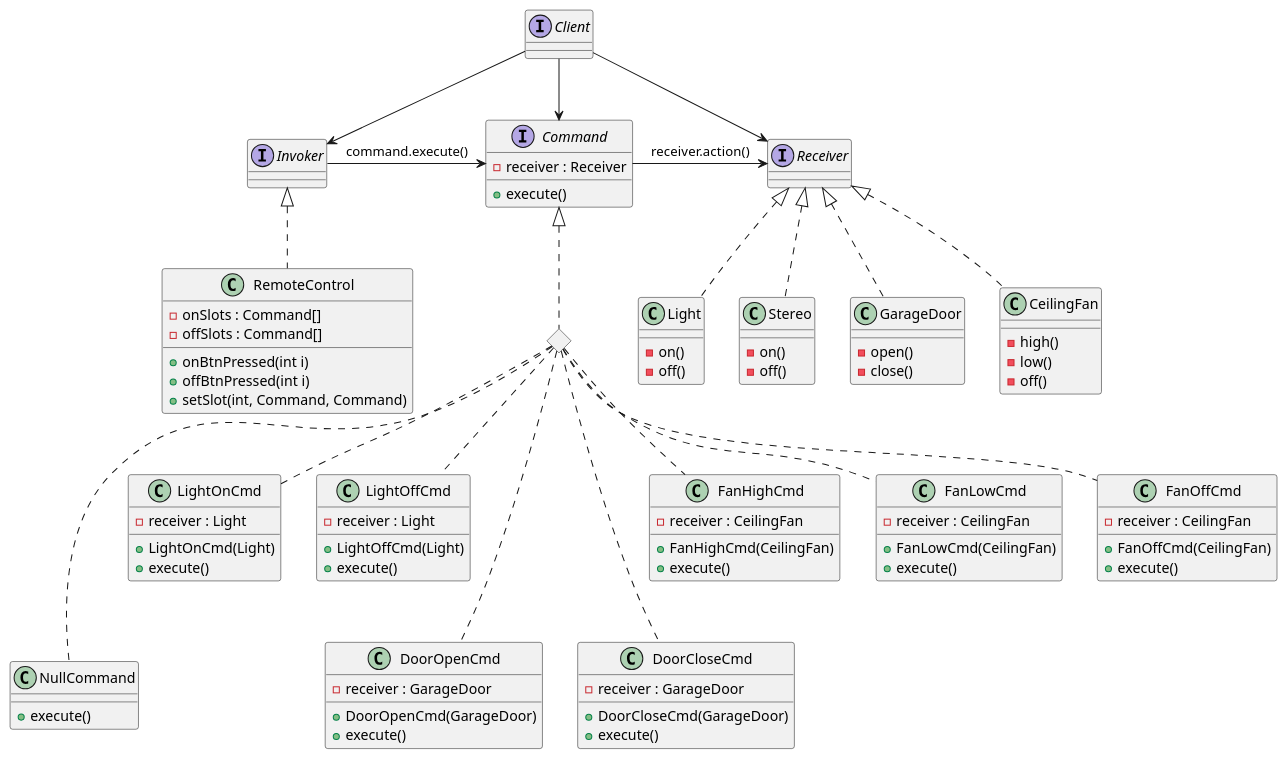
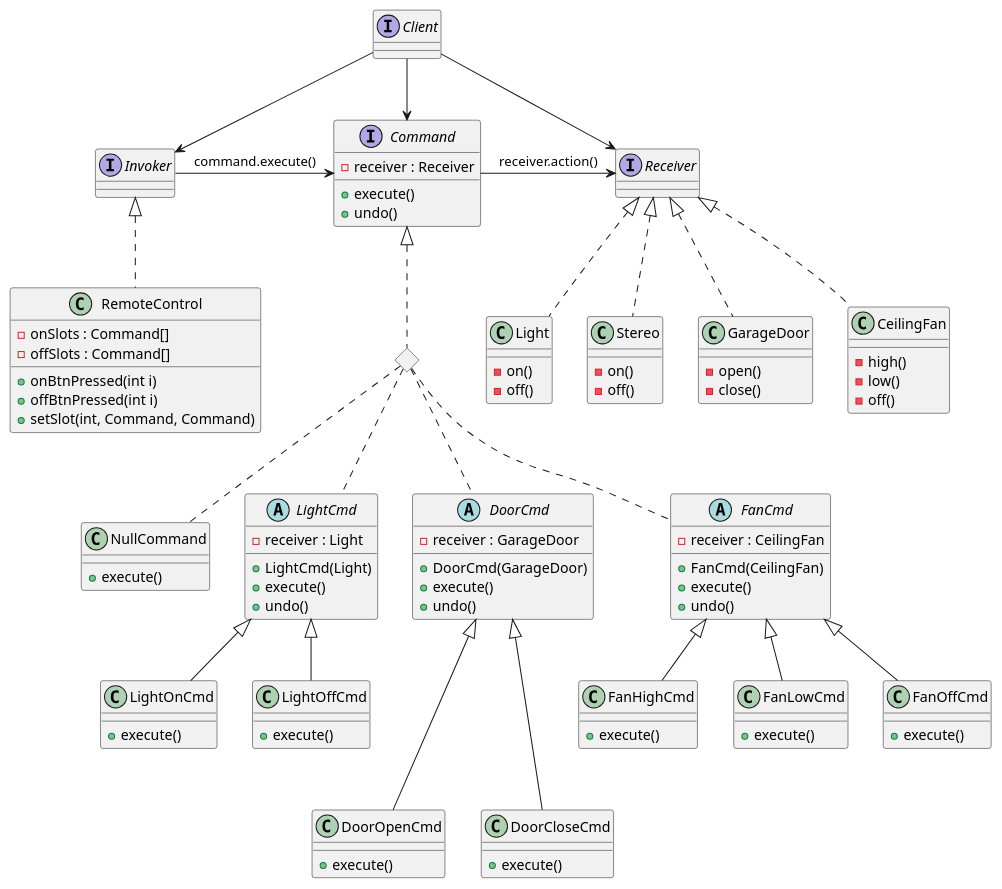
Before and after one commit to alesgenova/design-patterns: the diagram in 06_command_pattern/README.md, drawn with PlantUML.

Commit message:
improve the class diagram to reflect my own variations to the book's example

```diff
--- a/06_command_pattern/README.md
+++ b/06_command_pattern/README.md
@@ -10,6 +10,7 @@
 
 Interface Command{
   + execute()
+  + undo()
   - receiver : Receiver
 }
 
@@ -57,47 +58,53 @@
   +execute()
 }
 
-Class LightOnCmd{
-  + LightOnCmd(Light)
+Abstract LightCmd{
+  + LightCmd(Light)
   + execute()
+  + undo()
   - receiver : Light
 }
 
-Class LightOffCmd{
-  + LightOffCmd(Light)
+Class LightOnCmd{
   + execute()
-  - receiver : Light
 }
 
+Class LightOffCmd{
+  + execute()
+}
 
-Class DoorOpenCmd{
-  + DoorOpenCmd(GarageDoor)
+Abstract DoorCmd{
+  + DoorCmd(GarageDoor)
   + execute()
+  + undo()
   - receiver : GarageDoor
 }
 
+Class DoorOpenCmd{
+  + execute()
+}
+
 Class DoorCloseCmd{
-  + DoorCloseCmd(GarageDoor)
   + execute()
-  - receiver : GarageDoor
+}
+
+Abstract FanCmd{
+  + FanCmd(CeilingFan)
+  + execute()
+  + undo()
+  - receiver : CeilingFan
 }
 
 Class FanHighCmd{
-  + FanHighCmd(CeilingFan)
   + execute()
-  - receiver : CeilingFan
 }
 
 Class FanLowCmd{
-  + FanLowCmd(CeilingFan)
   + execute()
-  - receiver : CeilingFan
 }
 
 Class FanOffCmd{
-  + FanOffCmd(CeilingFan)
   + execute()
-  - receiver : CeilingFan
 }
 
 
@@ -121,17 +128,20 @@
 
 Command <|.. PLACEHOLDER1
 
-PLACEHOLDER1 .. LightOnCmd
-PLACEHOLDER1 .. LightOffCmd
+PLACEHOLDER1 .. LightCmd
+LightCmd <|-- LightOnCmd
+LightCmd <|-- LightOffCmd
 
-PLACEHOLDER1 .. FanHighCmd
-PLACEHOLDER1 .. FanLowCmd
-PLACEHOLDER1 .. FanOffCmd
+PLACEHOLDER1 .. FanCmd
+FanCmd <|-- FanHighCmd
+FanCmd <|-- FanLowCmd
+FanCmd <|-- FanOffCmd
 
-PLACEHOLDER1 ... DoorOpenCmd
-PLACEHOLDER1 ... DoorCloseCmd
+PLACEHOLDER1 .. DoorCmd
+DoorCmd <|--- DoorOpenCmd
+DoorCmd <|--- DoorCloseCmd
 
-PLACEHOLDER1 ... NullCommand
+PLACEHOLDER1 .. NullCommand
 
 
 
```
